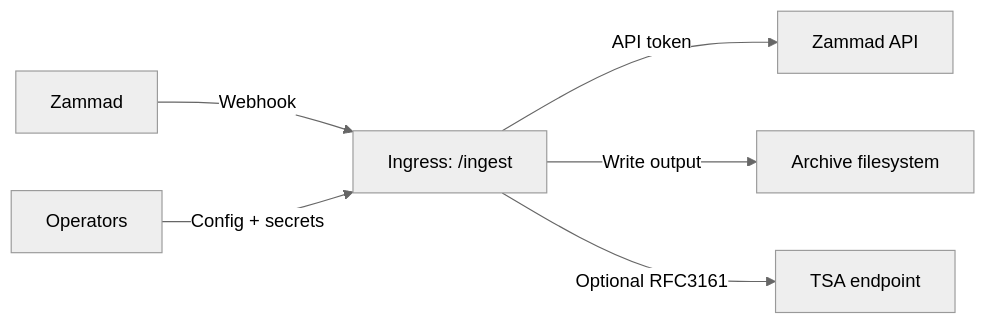
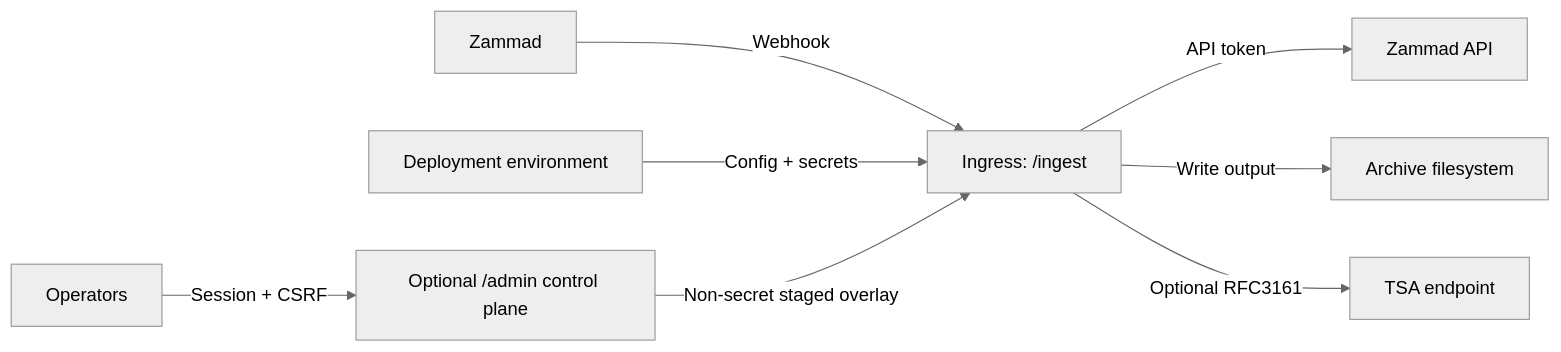
Before and after one commit to sebastianspicker/chronikwerk: the diagram in docs/09-security.md, drawn with Mermaid (neutral theme). The commit also changed other lines of this file and 180 other files, not shown here.

````diff
--- a/docs/09-security.md
+++ b/docs/09-security.md
@@ -7,8 +7,10 @@
 ```mermaid
 flowchart LR
   Z["Zammad"] -->|"Webhook"| I["Ingress: /ingest"]
-  OP["Operators"] -->|"Config + secrets"| I
+  OP["Operators"] -->|"Session + CSRF"| A["Optional /admin control plane"]
+  DEP["Deployment environment"] -->|"Config + secrets"| I
+  A -->|"Non-secret staged overlay"| I
   I -->|"API token"| ZA["Zammad API"]
   I -->|"Write output"| FS["Archive filesystem"]
   I -->|"Optional RFC3161"| TSA["TSA endpoint"]
 ```
````
